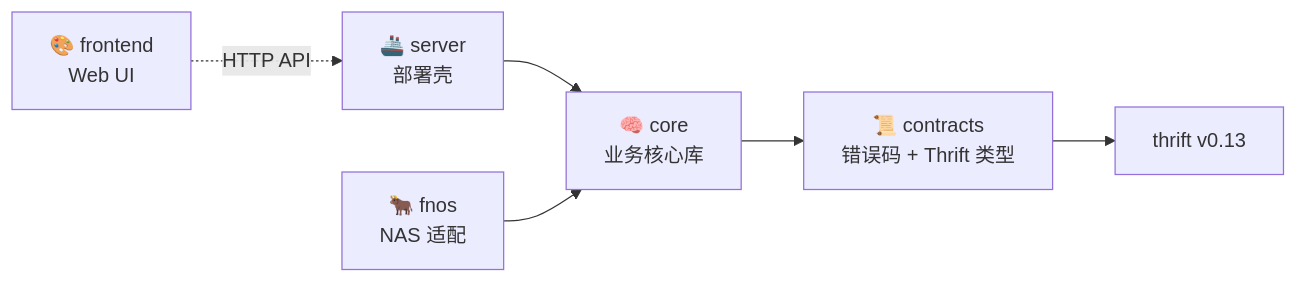
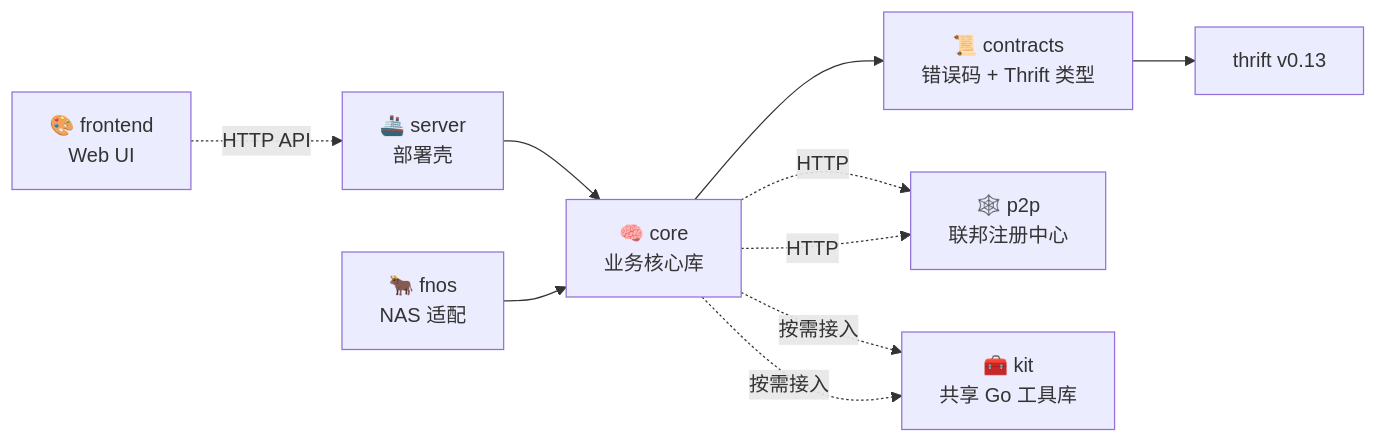
One commit to filescodebox/.github changed the diagram in profile/README.md. Above: the diagram before and after it, drawn with Mermaid. The commit also changed other lines of this file, not shown here.

Commit message:
docs(profile): 仓库导航补 p2p/kit 两行，依赖图加联邦注册中心与共享工具库

````diff
--- a/profile/README.md
+++ b/profile/README.md
@@ -43,8 +47,16 @@
 ```mermaid
 graph LR
     frontend["🎨 frontend<br/>Web UI"] -. HTTP API .-> server["🚢 server<br/>部署壳"]
     server --> core["🧠 core<br/>业务核心库"]
     fnos["🐂 fnos<br/>NAS 适配"] --> core
     core --> contracts["📜 contracts<br/>错误码 + Thrift 类型"]
     contracts --> thrift["thrift v0.13"]
+    p2p["🕸️ p2p<br/>联邦注册中心"]
+    core -. HTTP .-> p2p
+    kit["🧰 kit<br/>共享 Go 工具库"]
+    core -.->|"按需接入"| kit
+    p2p["🕸️ p2p<br/>联邦注册中心"]
+    core -. HTTP .-> p2p
+    kit["🧰 kit<br/>共享 Go 工具库"]
+    core -.->|"按需接入"| kit
 ```
````
